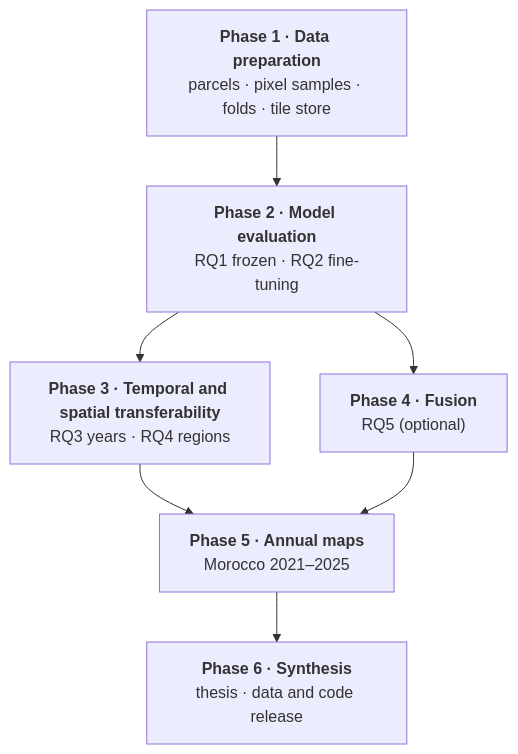
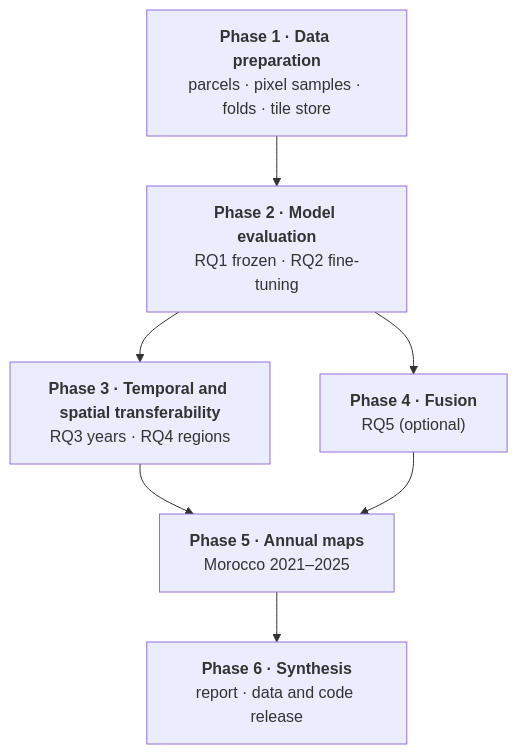
The diagram in docs/research_plan.md (amanchry/irrimapping-geofm), drawn with Mermaid before and after one commit. The commit also changed other lines of this file and 179 other files, not shown here.

````diff
--- a/docs/research_plan.md
+++ b/docs/research_plan.md
@@ -21,9 +21,9 @@
 ```mermaid
 flowchart TD
     P1["<b>Phase 1 · Data preparation</b><br/>parcels · pixel samples · folds · tile store"] --> P2["<b>Phase 2 · Model evaluation</b><br/>RQ1 frozen · RQ2 fine-tuning"]
     P2 --> P3["<b>Phase 3 · Temporal and spatial transferability</b><br/>RQ3 years · RQ4 regions"]
     P2 --> P4["<b>Phase 4 · Fusion</b><br/>RQ5 (optional)"]
     P3 --> P5["<b>Phase 5 · Annual maps</b><br/>Morocco 2021–2025"]
     P4 --> P5
-    P5 --> P6["<b>Phase 6 · Synthesis</b><br/>thesis · data and code release"]
+    P5 --> P6["<b>Phase 6 · Synthesis</b><br/>report · data and code release"]
 ```
````
